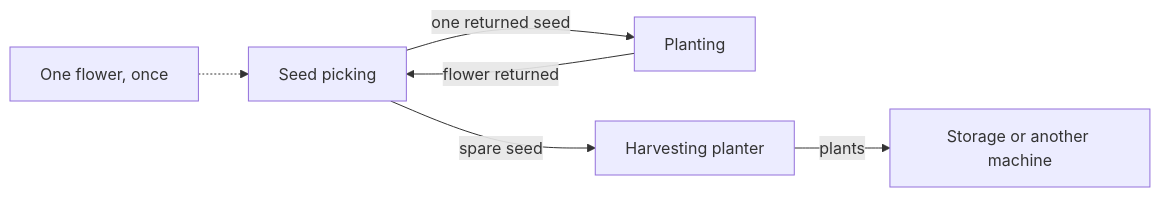
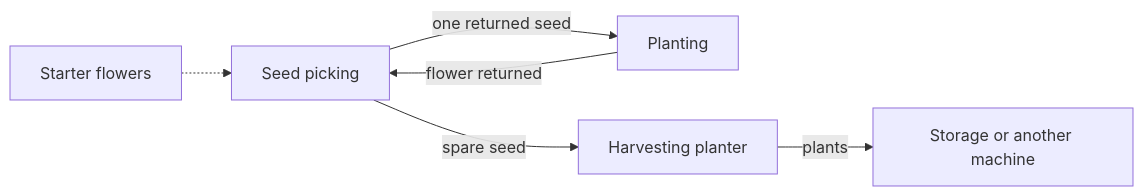
The diagram in docs/BLUEPRINT_FAILURES.md (diaarca/aic-planner), drawn with Mermaid before and after one commit. The commit also changed other lines of this file and 8 other files, not shown here.

Commit message:
Fix steady-state seed and flower loop throughput (#24)

````diff
--- a/docs/BLUEPRINT_FAILURES.md
+++ b/docs/BLUEPRINT_FAILURES.md
@@ -17,8 +17,8 @@
 ```mermaid
 flowchart LR
-    Initial[One flower, once] -.-> Picking[Seed picking]
+    Initial[Starter flowers] -.-> Picking[Seed picking]
     Picking -->|one returned seed| Planting
     Planting -->|flower returned| Picking
     Picking -->|spare seed| Harvest[Harvesting planter]
     Harvest -->|plants| Output[Storage or another machine]
 ```
````
